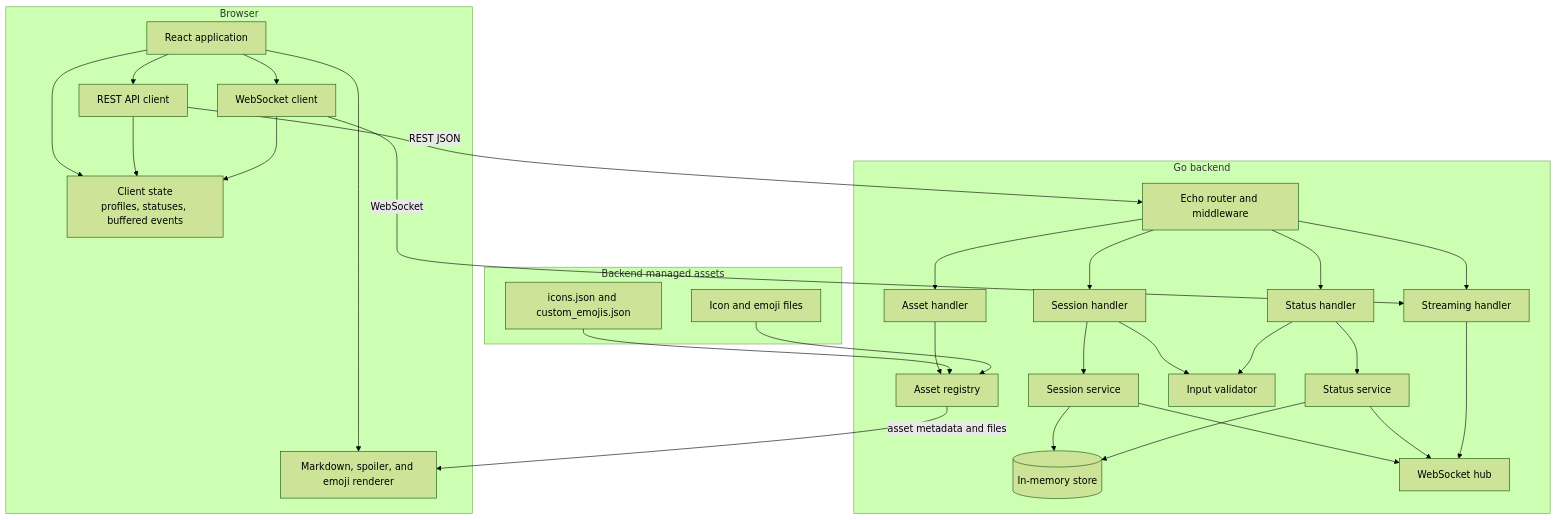
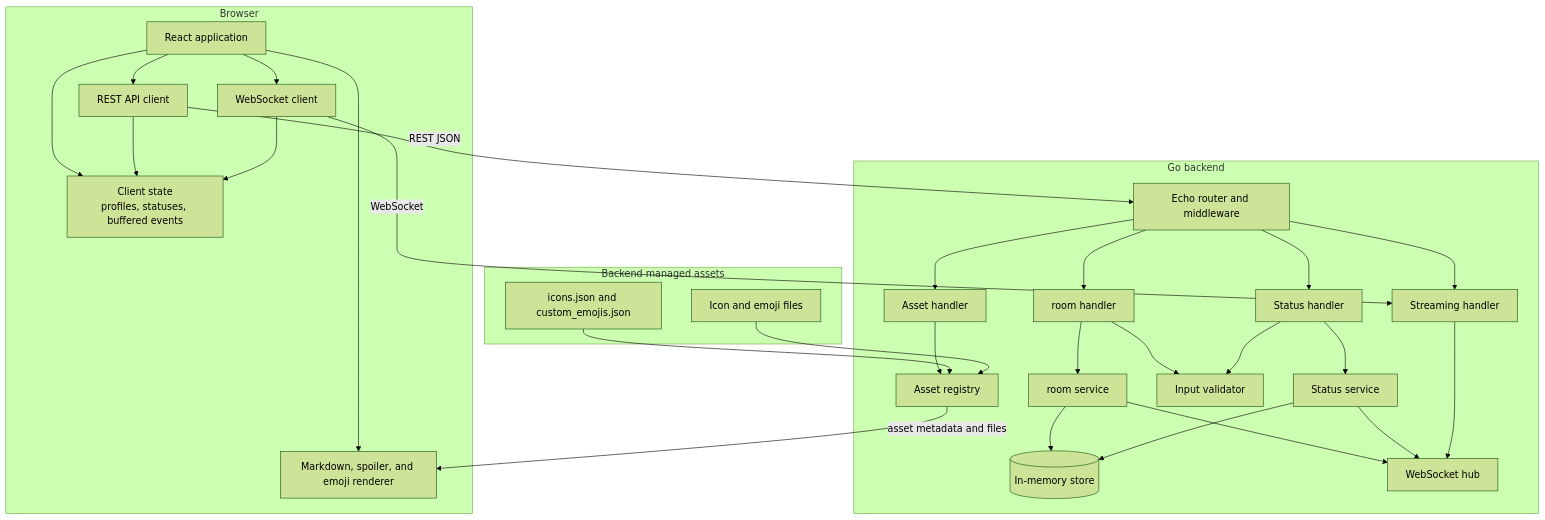
One commit to hik-iij/realtime-comment-webapp changed the second of 3 diagrams in docs/diagrams.md. Above: the diagram before and after it, drawn with Mermaid (forest theme). The commit also changed other lines of this file and 1 other file, not shown here.

````diff
--- a/docs/diagrams.md
+++ b/docs/diagrams.md
@@ -38,58 +38,58 @@
 ```mermaid
 flowchart TB
     subgraph Browser[Browser]
         App["React application"]
         ApiClient["REST API client"]
         WsClient["WebSocket client"]
         LocalState["Client state<br/>profiles, statuses, buffered events"]
         Renderer["Markdown, spoiler, and emoji renderer"]
 
         App --> ApiClient
         App --> WsClient
         App --> LocalState
         App --> Renderer
         ApiClient --> LocalState
         WsClient --> LocalState
     end
 
     subgraph Backend[Go backend]
         Router["Echo router and middleware"]
-        SessionHandler["Session handler"]
+        roomHandler["room handler"]
         StatusHandler["Status handler"]
         StreamingHandler["Streaming handler"]
         AssetHandler["Asset handler"]
-        SessionService["Session service"]
+        roomService["room service"]
         StatusService["Status service"]
         Validator["Input validator"]
         Store[("In-memory store")]
         Hub["WebSocket hub"]
         AssetRegistry["Asset registry"]
 
-        Router --> SessionHandler
+        Router --> roomHandler
         Router --> StatusHandler
         Router --> StreamingHandler
         Router --> AssetHandler
 
-        SessionHandler --> SessionService
+        roomHandler --> roomService
         StatusHandler --> StatusService
-        SessionHandler --> Validator
+        roomHandler --> Validator
         StatusHandler --> Validator
-        SessionService --> Store
+        roomService --> Store
         StatusService --> Store
-        SessionService --> Hub
+        roomService --> Hub
         StatusService --> Hub
         StreamingHandler --> Hub
         AssetHandler --> AssetRegistry
     end
 
     subgraph Assets[Backend managed assets]
         Manifest["icons.json and custom_emojis.json"]
         Files["Icon and emoji files"]
         Manifest --> AssetRegistry
         Files --> AssetRegistry
     end
 
     ApiClient -->|"REST JSON"| Router
     WsClient -->|"WebSocket"| StreamingHandler
     AssetRegistry -->|"asset metadata and files"| Renderer
 ```
````
